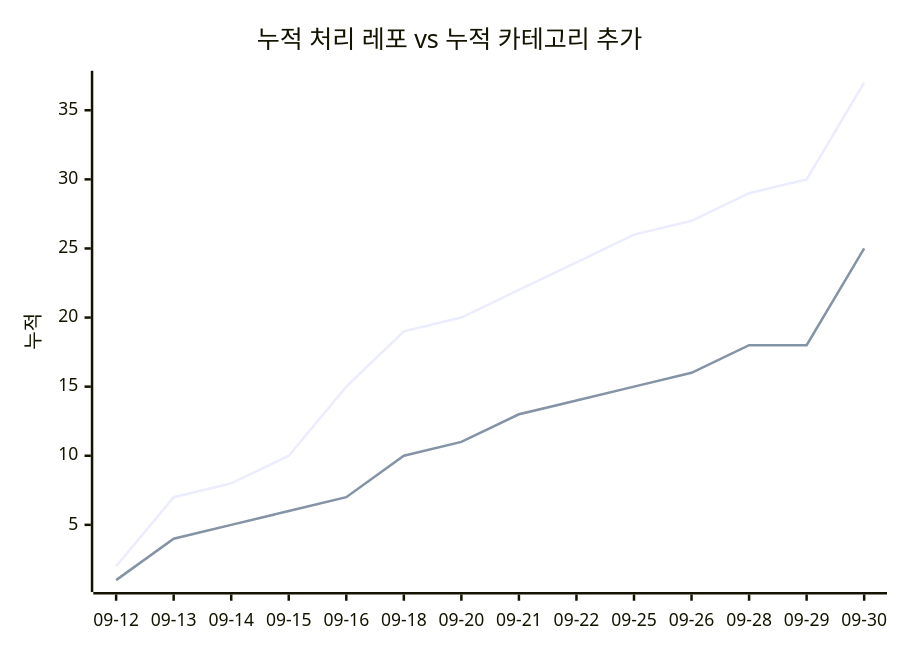
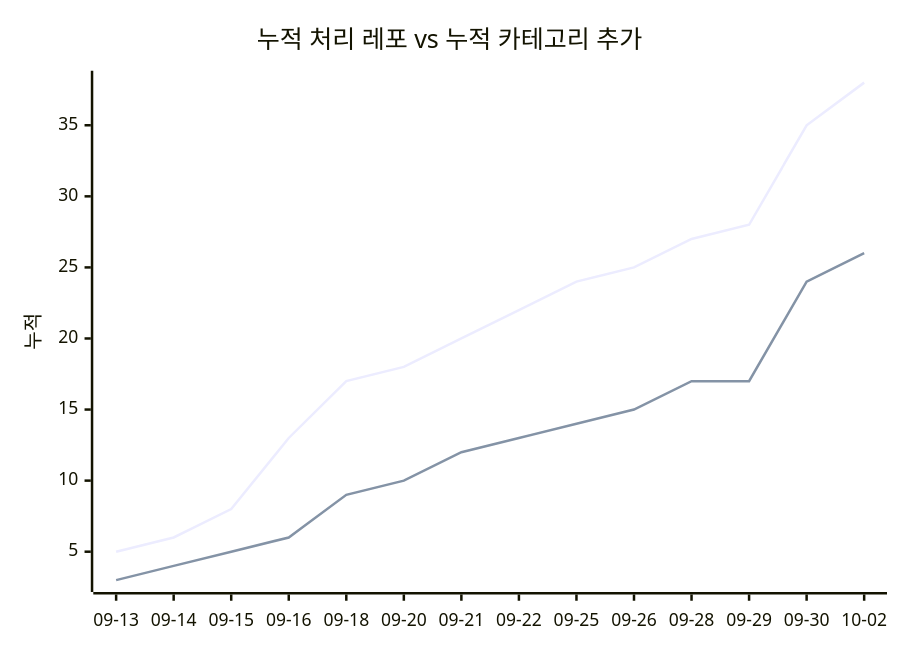
Before and after one commit to J-nowcow/awesome-korean-agent-skills: the second of 2 diagrams in docs/trends.md, drawn with Mermaid. The commit also changed other lines of this file and 3 other files, not shown here.

````diff
--- a/docs/trends.md
+++ b/docs/trends.md
@@ -68,8 +68,8 @@
 ```mermaid
 xychart-beta
     title "누적 처리 레포 vs 누적 카테고리 추가"
-    x-axis ["09-12","09-13","09-14","09-15","09-16","09-18","09-20","09-21","09-22","09-25","09-26","09-28","09-29","09-30"]
+    x-axis ["09-13","09-14","09-15","09-16","09-18","09-20","09-21","09-22","09-25","09-26","09-28","09-29","09-30","10-02"]
     y-axis "누적"
-    line [2,7,8,10,15,19,20,22,24,26,27,29,30,37]
-    line [1,4,5,6,7,10,11,13,14,15,16,18,18,25]
+    line [5,6,8,13,17,18,20,22,24,25,27,28,35,38]
+    line [3,4,5,6,9,10,12,13,14,15,17,17,24,26]
 ```
````
